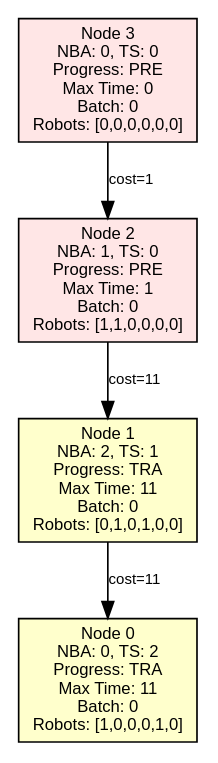
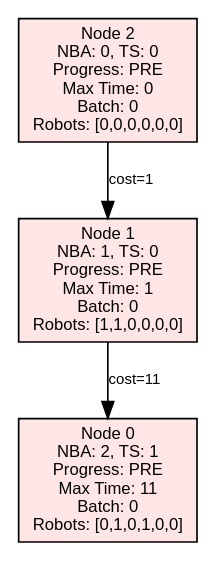
The diagram in Task Batch Planning Decision Tree/output/infinite_test_1_tree.dot (jrourke48/HMRTA_TS_GENERATION), drawn with Graphviz before and after one commit. The commit also changed 11 other files, not shown here.

```diff
--- a/Task Batch Planning Decision Tree/output/infinite_test_1_tree.dot
+++ b/Task Batch Planning Decision Tree/output/infinite_test_1_tree.dot
@@ -1,14 +1,12 @@
 digraph PlanningTree {
   rankdir=TB;
   node [shape=box, style=filled, fontname=Arial, fontsize=10];
   edge [fontname=Arial, fontsize=9];
 
-  node_0 [label="Node 0\nNBA: 0, TS: 2\nProgress: TRA\nMax Time: 11\nBatch: 0\nRobots: [1,0,0,0,1,0]", fillcolor="#FFFFCC"];
-  node_1 [label="Node 1\nNBA: 2, TS: 1\nProgress: TRA\nMax Time: 11\nBatch: 0\nRobots: [0,1,0,1,0,0]", fillcolor="#FFFFCC"];
-  node_2 [label="Node 2\nNBA: 1, TS: 0\nProgress: PRE\nMax Time: 1\nBatch: 0\nRobots: [1,1,0,0,0,0]", fillcolor="#FFE6E6"];
-  node_3 [label="Node 3\nNBA: 0, TS: 0\nProgress: PRE\nMax Time: 0\nBatch: 0\nRobots: [0,0,0,0,0,0]", fillcolor="#FFE6E6"];
+  node_0 [label="Node 0\nNBA: 2, TS: 1\nProgress: PRE\nMax Time: 11\nBatch: 0\nRobots: [0,1,0,1,0,0]", fillcolor="#FFE6E6"];
+  node_1 [label="Node 1\nNBA: 1, TS: 0\nProgress: PRE\nMax Time: 1\nBatch: 0\nRobots: [1,1,0,0,0,0]", fillcolor="#FFE6E6"];
+  node_2 [label="Node 2\nNBA: 0, TS: 0\nProgress: PRE\nMax Time: 0\nBatch: 0\nRobots: [0,0,0,0,0,0]", fillcolor="#FFE6E6"];
 
   node_1 -> node_0 [label="cost=11"];
-  node_2 -> node_1 [label="cost=11"];
-  node_3 -> node_2 [label="cost=1"];
+  node_2 -> node_1 [label="cost=1"];
 }
```
